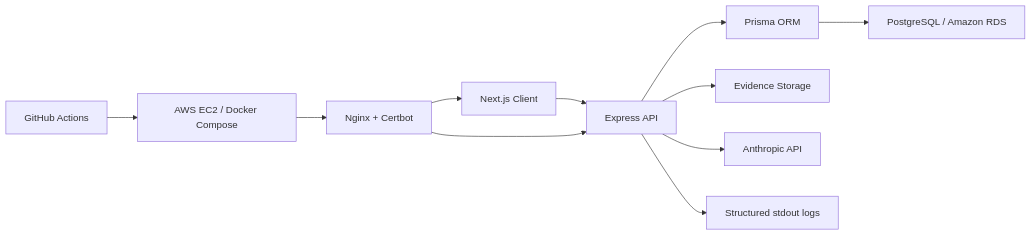
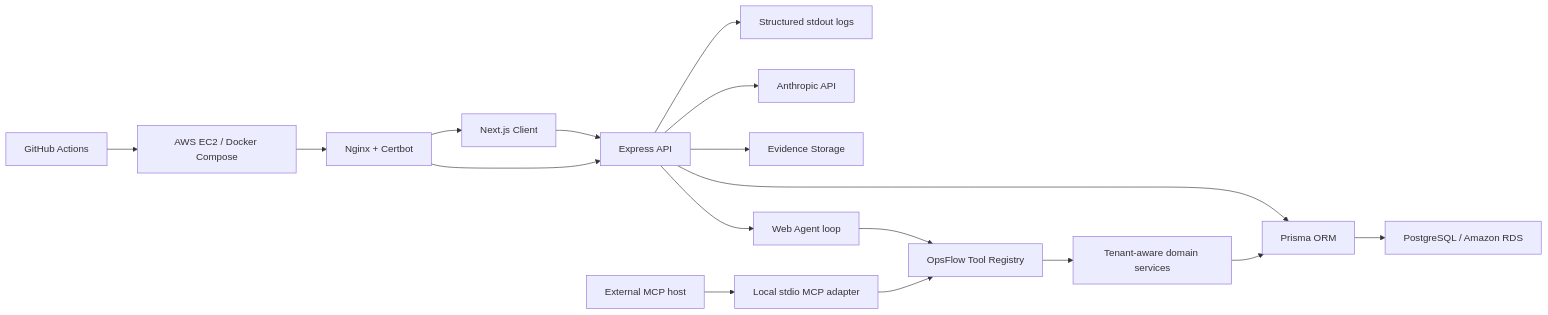
The diagram in README.md (shuttle666/opsflow), drawn with Mermaid before and after one commit. The commit also changed other lines of this file and 7 other files, not shown here.

Commit message:
docs: explain shared tools and local MCP

````diff
--- a/README.md
+++ b/README.md
@@ -82,13 +85,19 @@
 ```mermaid
 flowchart LR
   Browser["Next.js Client"] --> Api["Express API"]
+  Api --> WebAgent["Web Agent loop"]
+  McpHost["External MCP host"] --> Stdio["Local stdio MCP adapter"]
+  WebAgent --> Registry["OpsFlow Tool Registry"]
+  Stdio --> Registry
+  Registry --> Services["Tenant-aware domain services"]
+  Services --> Prisma
   Api --> Prisma["Prisma ORM"]
   Prisma --> Postgres["PostgreSQL / Amazon RDS"]
   Api --> Storage["Evidence Storage"]
   Api --> AI["Anthropic API"]
   Api --> Logs["Structured stdout logs"]
   Github["GitHub Actions"] --> EC2["AWS EC2 / Docker Compose"]
   EC2 --> Nginx["Nginx + Certbot"]
   Nginx --> Api
   Nginx --> Browser
 ```
````
